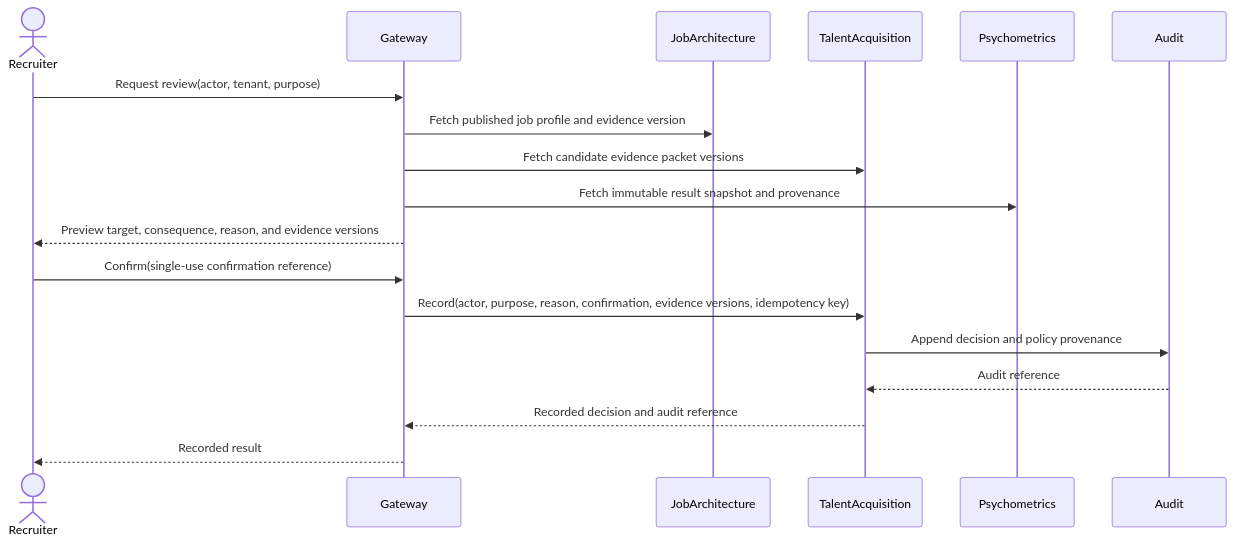
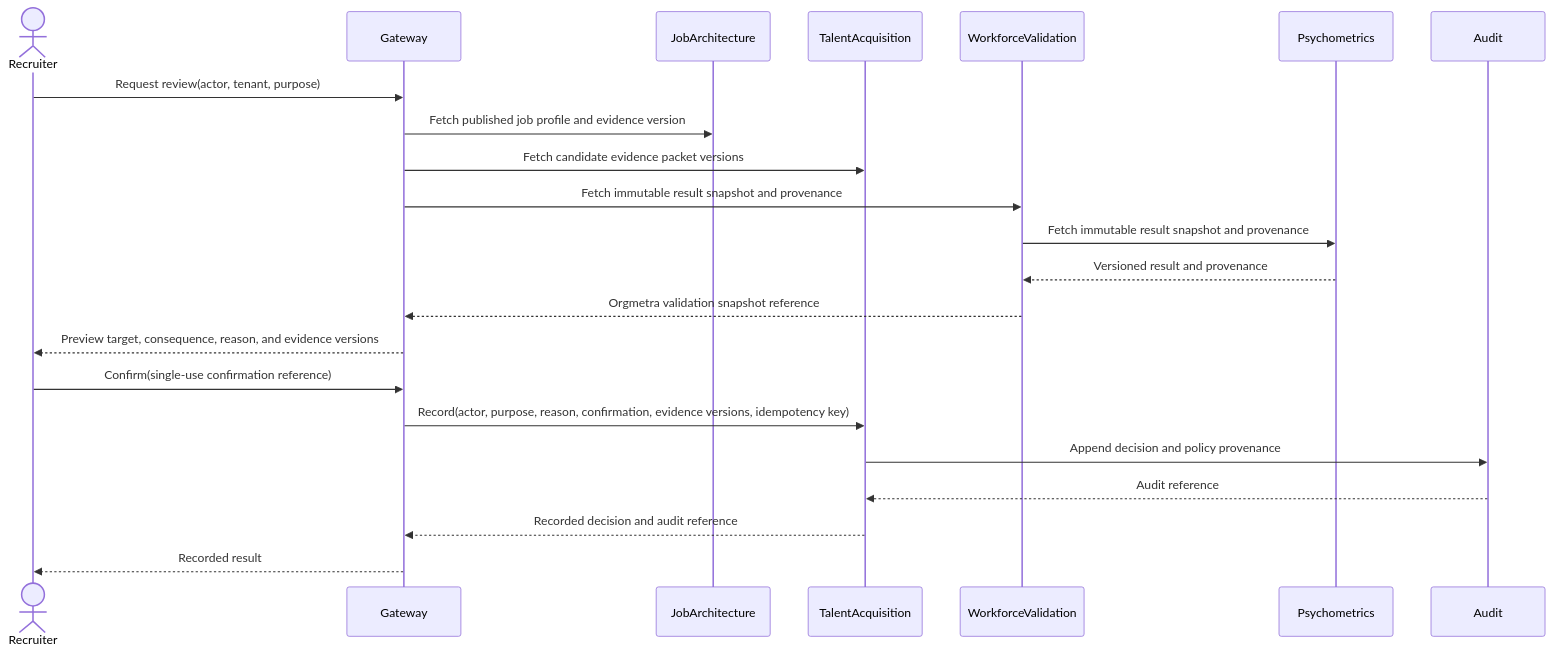
Before and after one commit to ContextualWisdomLab/Orgmetra: the second of 3 diagrams in docs/UML.md, drawn with Mermaid. The commit also changed other lines of this file, not shown here.

Commit message:
docs: route psychometrics through validation boundary

````diff
--- a/docs/UML.md
+++ b/docs/UML.md
@@ -51,21 +51,25 @@
 ```mermaid
 sequenceDiagram
     actor Recruiter
     participant Gateway
     participant JobArchitecture
     participant TalentAcquisition
+    participant WorkforceValidation
     participant Psychometrics
     participant Audit
 
     Recruiter->>Gateway: Request review(actor, tenant, purpose)
     Gateway->>JobArchitecture: Fetch published job profile and evidence version
     Gateway->>TalentAcquisition: Fetch candidate evidence packet versions
-    Gateway->>Psychometrics: Fetch immutable result snapshot and provenance
+    Gateway->>WorkforceValidation: Fetch immutable result snapshot and provenance
+    WorkforceValidation->>Psychometrics: Fetch immutable result snapshot and provenance
+    Psychometrics-->>WorkforceValidation: Versioned result and provenance
+    WorkforceValidation-->>Gateway: Orgmetra validation snapshot reference
     Gateway-->>Recruiter: Preview target, consequence, reason, and evidence versions
     Recruiter->>Gateway: Confirm(single-use confirmation reference)
     Gateway->>TalentAcquisition: Record(actor, purpose, reason, confirmation, evidence versions, idempotency key)
     TalentAcquisition->>Audit: Append decision and policy provenance
     Audit-->>TalentAcquisition: Audit reference
     TalentAcquisition-->>Gateway: Recorded decision and audit reference
     Gateway-->>Recruiter: Recorded result
 ```
````
